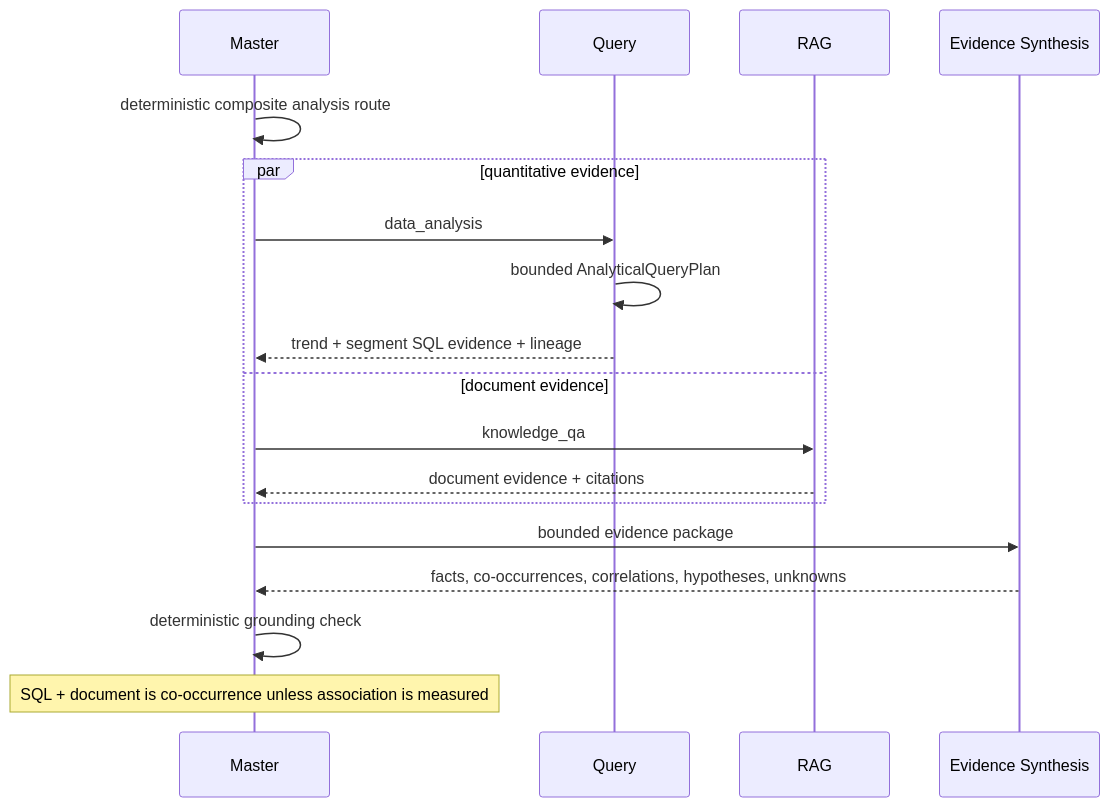
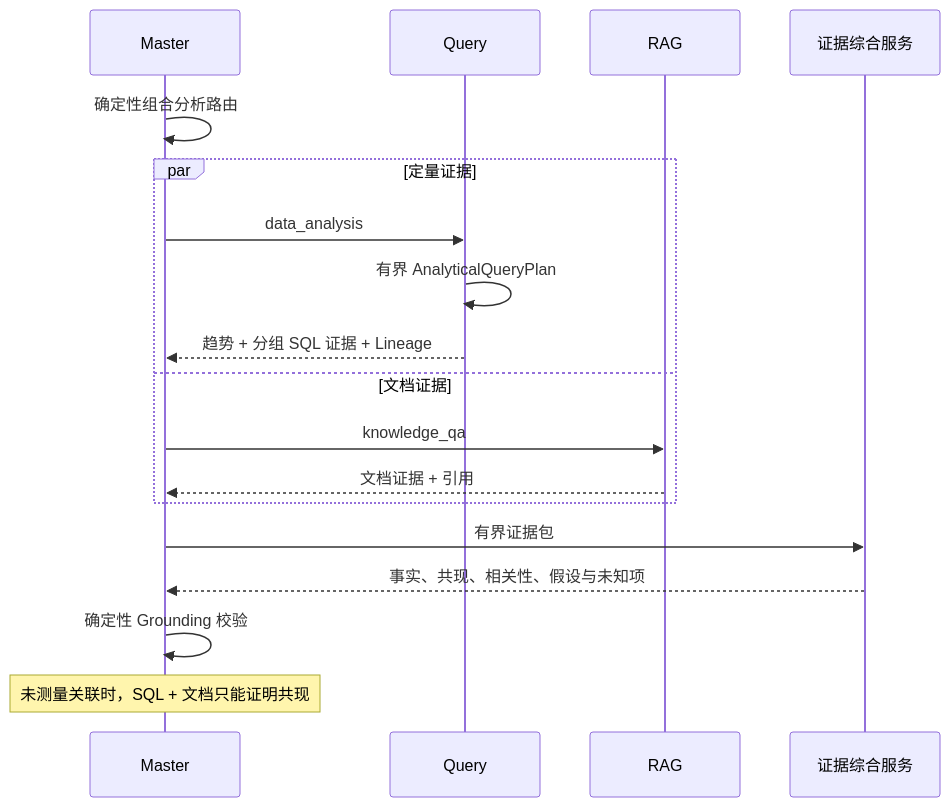
Before and after one commit to wz13814990585-sudo/EcomPilot: the second of 5 diagrams in docs/architecture.md, drawn with Mermaid. The commit also changed other lines of this file and 10 other files, not shown here.

````diff
--- a/docs/architecture.md
+++ b/docs/architecture.md
@@ -49,20 +49,20 @@
 ```mermaid
 sequenceDiagram
     participant M as Master
     participant Q as Query
     participant R as RAG
-    participant S as Evidence Synthesis
-    M->>M: deterministic composite analysis route
-    par quantitative evidence
+    participant S as 证据综合服务
+    M->>M: 确定性组合分析路由
+    par 定量证据
         M->>Q: data_analysis
-        Q->>Q: bounded AnalyticalQueryPlan
-        Q-->>M: trend + segment SQL evidence + lineage
-    and document evidence
+        Q->>Q: 有界 AnalyticalQueryPlan
+        Q-->>M: 趋势 + 分组 SQL 证据 + Lineage
+    and 文档证据
         M->>R: knowledge_qa
-        R-->>M: document evidence + citations
+        R-->>M: 文档证据 + 引用
     end
-    M->>S: bounded evidence package
-    S-->>M: facts, co-occurrences, correlations, hypotheses, unknowns
-    M->>M: deterministic grounding check
-    Note over M: SQL + document is co-occurrence unless association is measured
+    M->>S: 有界证据包
+    S-->>M: 事实、共现、相关性、假设与未知项
+    M->>M: 确定性 Grounding 校验
+    Note over M: 未测量关联时，SQL + 文档只能证明共现
 ```
````
